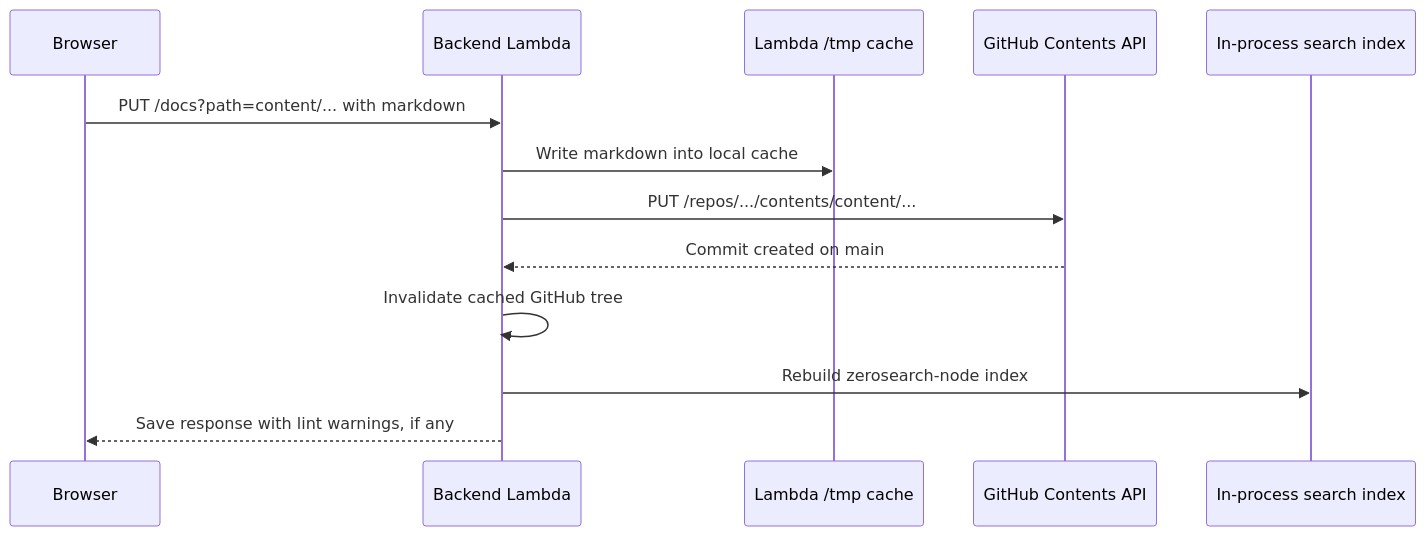
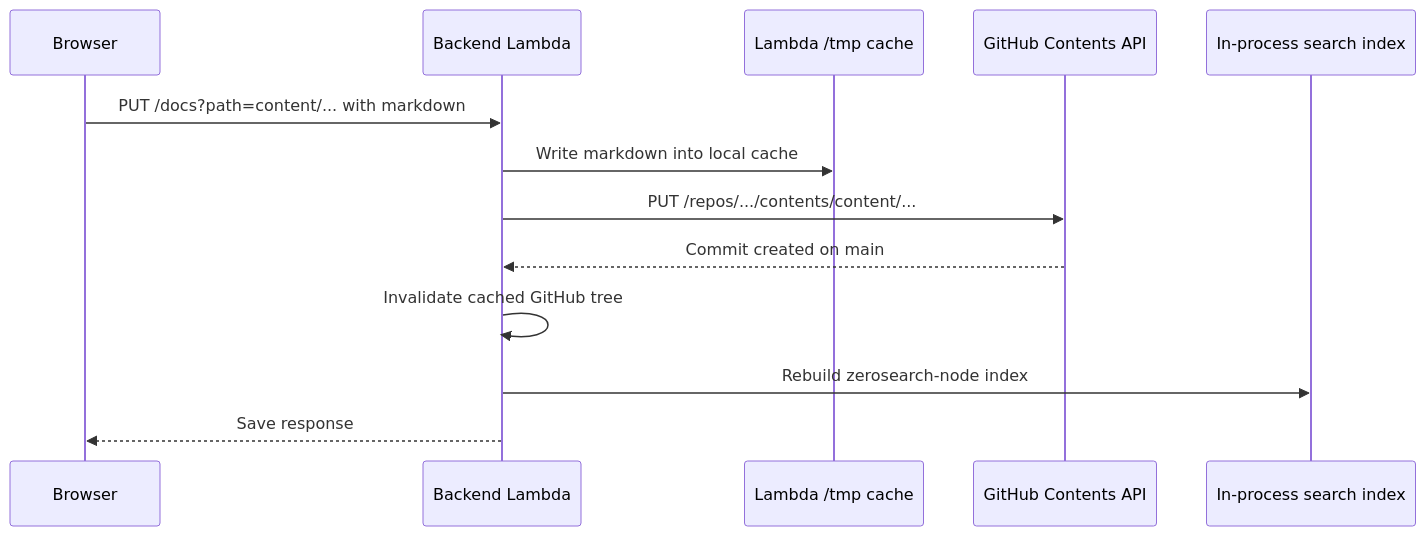
The second of 6 diagrams in docs/architecture.md (DataTalksClub/dataops), drawn with Mermaid before and after one commit. The commit also changed other lines of this file and 6 other files, not shown here.

````diff
--- a/docs/architecture.md
+++ b/docs/architecture.md
@@ -85,16 +85,16 @@
 ```mermaid
 sequenceDiagram
   participant U as Browser
   participant L as Backend Lambda
   participant T as Lambda /tmp cache
   participant G as GitHub Contents API
   participant I as In-process search index
 
   U->>L: PUT /docs?path=content/... with markdown
   L->>T: Write markdown into local cache
   L->>G: PUT /repos/.../contents/content/...
   G-->>L: Commit created on main
   L->>L: Invalidate cached GitHub tree
   L->>I: Rebuild zerosearch-node index
-  L-->>U: Save response with lint warnings, if any
+  L-->>U: Save response
 ```
````
